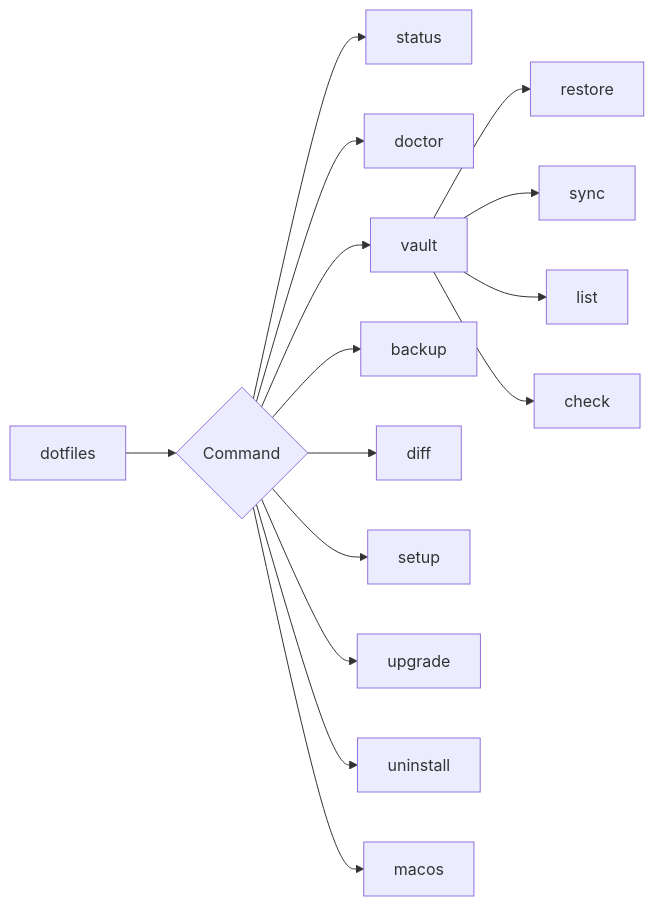
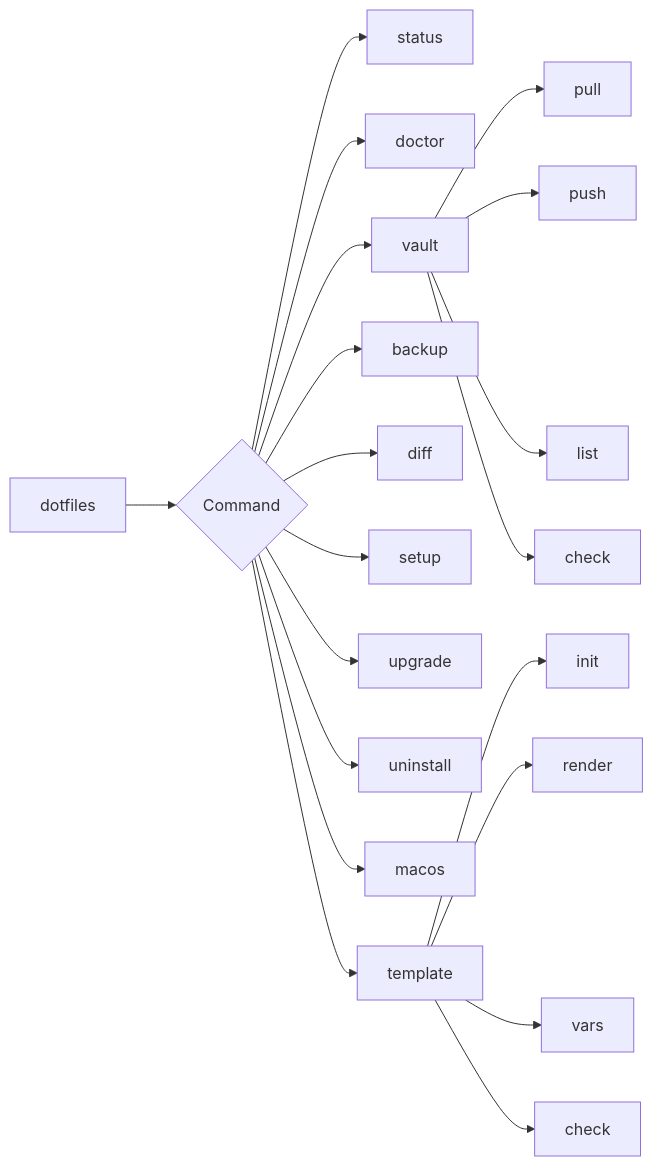
Before and after one commit to blackwell-systems/blackdot: the third of 9 diagrams in docs/architecture.md, drawn with Mermaid. The commit also changed other lines of this file and 3 other files, not shown here.

````diff
--- a/docs/architecture.md
+++ b/docs/architecture.md
@@ -120,18 +120,24 @@
 ```mermaid
 graph LR
     A[dotfiles] --> B{Command}
     B --> C[status]
     B --> D[doctor]
     B --> E[vault]
     B --> F[backup]
     B --> G[diff]
     B --> H[setup]
     B --> I[upgrade]
     B --> J[uninstall]
     B --> K[macos]
+    B --> L[template]
 
-    E --> E1[restore]
-    E --> E2[sync]
+    E --> E1[pull]
+    E --> E2[push]
     E --> E3[list]
     E --> E4[check]
+
+    L --> L1[init]
+    L --> L2[render]
+    L --> L3[vars]
+    L --> L4[check]
 ```
````
